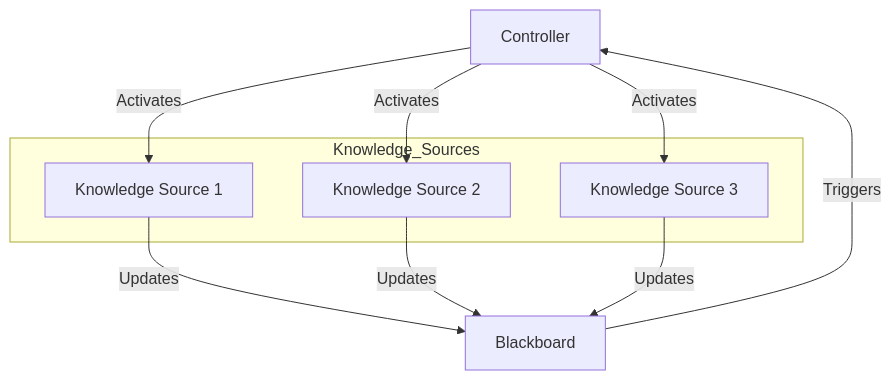
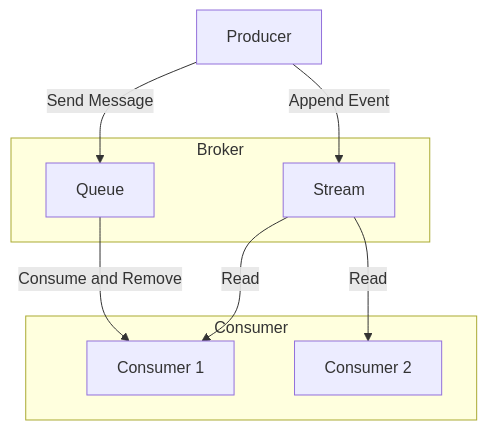
One commit to bmeurant/technical-docs changed the diagram in software-architecture/architectural-patterns/blackboard.md. Above: the diagram before and after it, drawn with Mermaid. The commit also changed other lines of this file and 4 other files, not shown here.

Commit message:
docs(software-architecture): add Message Queues - Streams Pattern

````diff
--- a/software-architecture/architectural-patterns/blackboard.md
+++ b/software-architecture/architectural-patterns/blackboard.md
@@ -16,20 +18,21 @@
 ```mermaid
 graph TD
-    C[Controller]
+    P[Producer]
 
-    B[Blackboard]
-
-    subgraph Knowledge_Sources
-        KS1[Knowledge Source 1]
-        KS2[Knowledge Source 2]
-        KS3[Knowledge Source 3]
+    subgraph Broker
+        Q[Queue]
+        S[Stream]
     end
 
-    KS1 -- "Updates" --> B
-    KS2 -- "Updates" --> B
-    KS3 -- "Updates" --> B
-    B -- "Triggers" --> C
-    C -- "Activates" --> KS1
-    C -- "Activates" --> KS2
-    C -- "Activates" --> KS3
+    subgraph Consumer
+        C1[Consumer 1]
+        C2[Consumer 2]
+    end
+
+    P -- "Send Message" --> Q
+    Q -- "Consume and Remove" --> C1
+
+    P -- "Append Event" --> S
+    S -- "Read" --> C1
+    S -- "Read" --> C2
 ```
````
